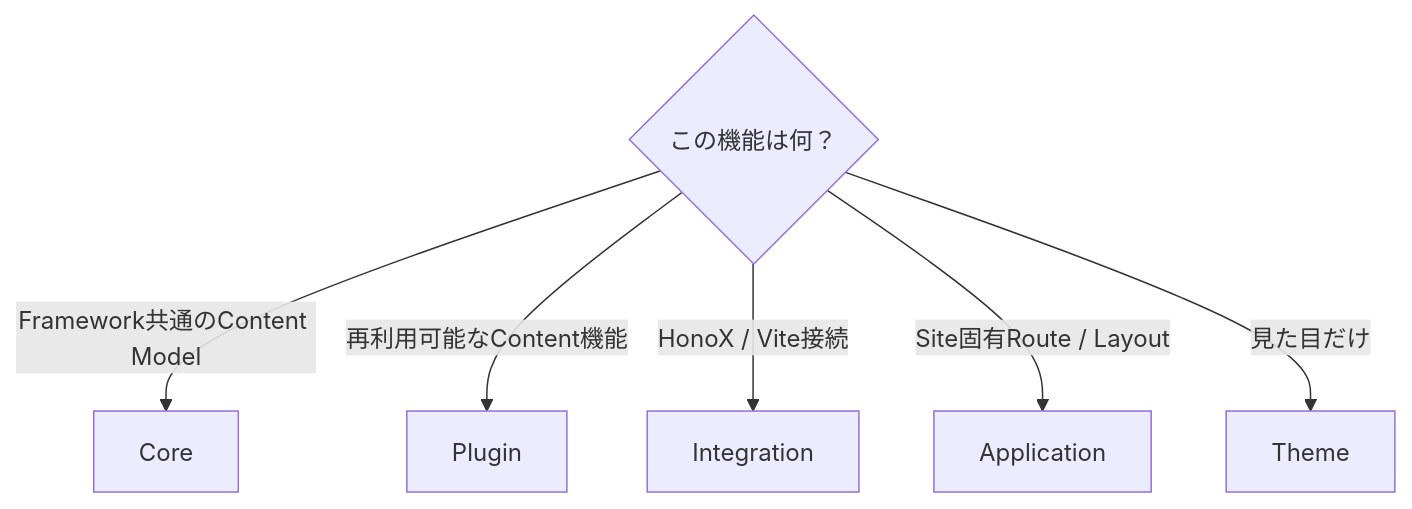
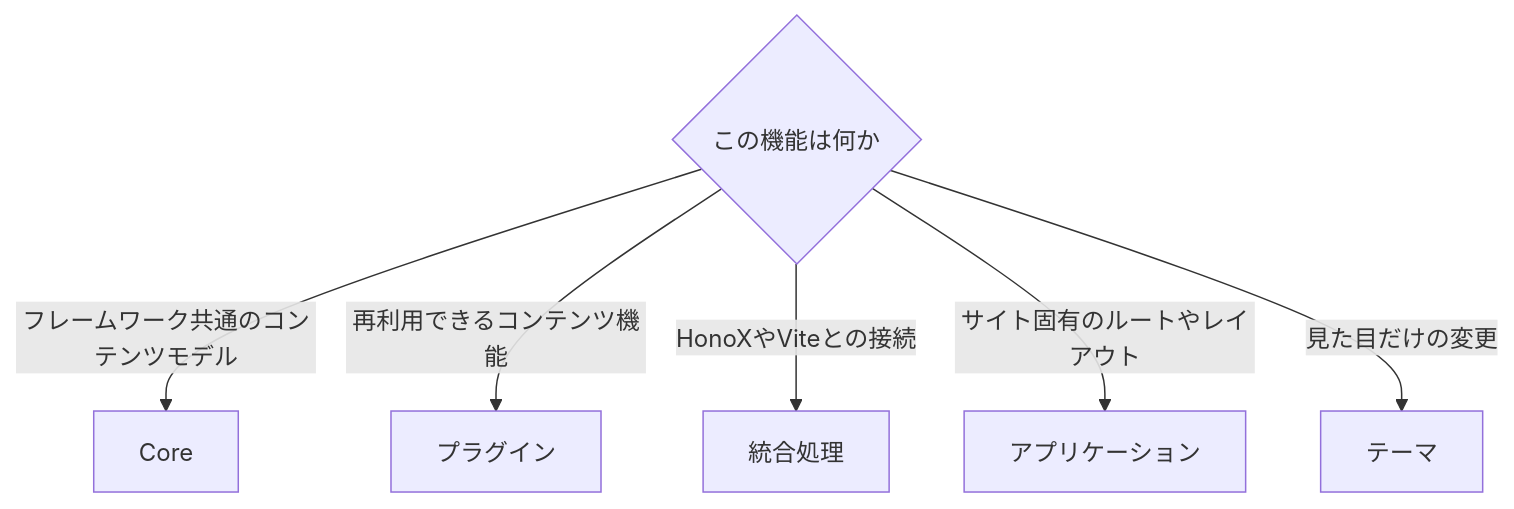
One commit to Rerurate514/riebeckite changed the tenth of 11 diagrams in docs/docs/reference/plugin-api.ja.md. Above: the diagram before and after it, drawn with Mermaid. The commit also changed other lines of this file and 310 other files, not shown here.

````diff
--- a/docs/docs/reference/plugin-api.ja.md
+++ b/docs/docs/reference/plugin-api.ja.md
@@ -944,9 +803,9 @@
 ```mermaid
 flowchart TD
-    Feature{"この機能は何？"}
-    Feature -->|"Framework共通のContent Model"| Core["Core"]
-    Feature -->|"再利用可能なContent機能"| Plugin["Plugin"]
-    Feature -->|"HonoX / Vite接続"| Integration["Integration"]
-    Feature -->|"Site固有Route / Layout"| App["Application"]
-    Feature -->|"見た目だけ"| Theme["Theme"]
+    Feature{"この機能は何か"}
+    Feature -->|"フレームワーク共通のコンテンツモデル"| Core["Core"]
+    Feature -->|"再利用できるコンテンツ機能"| Plugin["プラグイン"]
+    Feature -->|"HonoXやViteとの接続"| Integration["統合処理"]
+    Feature -->|"サイト固有のルートやレイアウト"| App["アプリケーション"]
+    Feature -->|"見た目だけの変更"| Theme["テーマ"]
 ```
````
